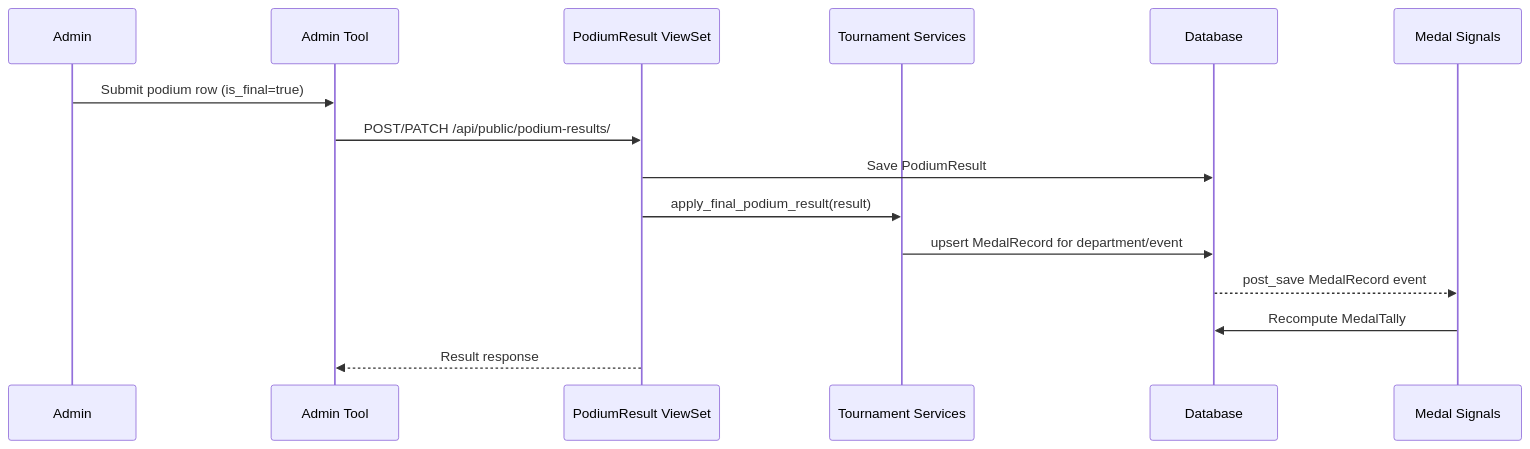
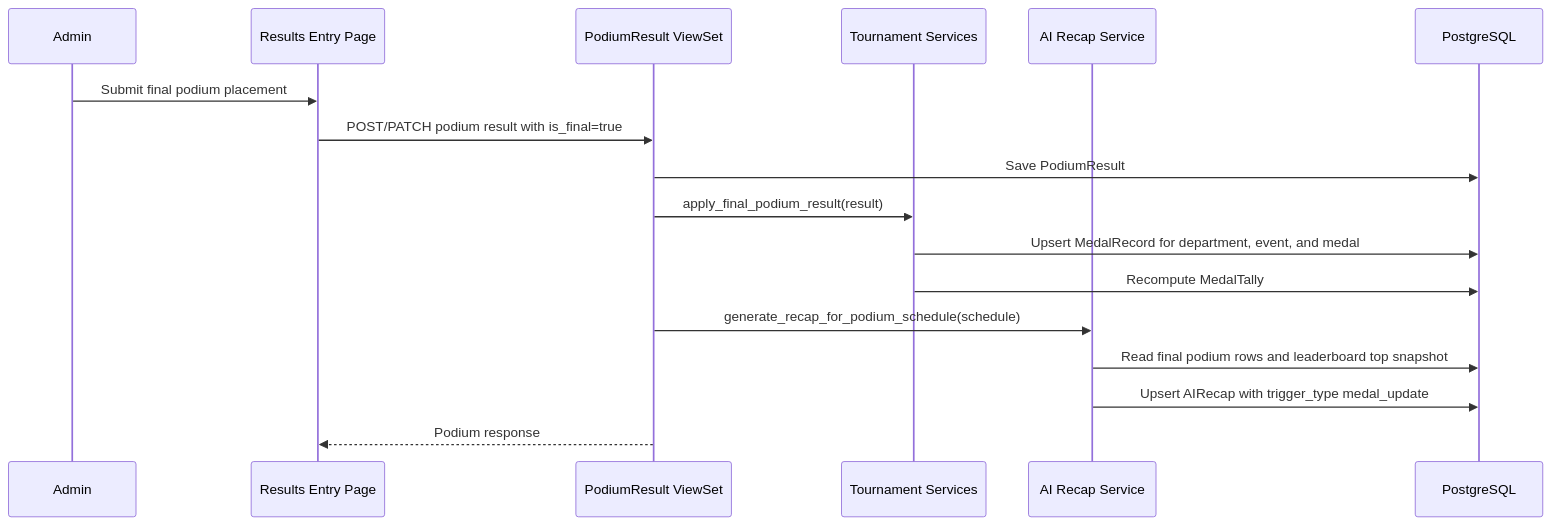
Before and after one commit to avocadoise/EnvergaArena: the tenth of 14 diagrams in architecture/06-runtime-flows.md, drawn with Mermaid. The commit also changed other lines of this file and 1 other file, not shown here.

Commit message:
feat: enhance security documentation with detailed authentication flow and token management

````diff
--- a/architecture/06-runtime-flows.md
+++ b/architecture/06-runtime-flows.md
@@ -109,18 +241,20 @@
 ```mermaid
 sequenceDiagram
     participant A as Admin
-    participant FE as Admin Tool
+    participant FE as Results Entry Page
     participant API as PodiumResult ViewSet
     participant SVC as Tournament Services
-    participant DB as Database
-    participant SIG as Medal Signals
+    participant REC as AI Recap Service
+    participant DB as PostgreSQL
 
-    A->>FE: Submit podium row (is_final=true)
-    FE->>API: POST/PATCH /api/public/podium-results/
+    A->>FE: Submit final podium placement
+    FE->>API: POST/PATCH podium result with is_final=true
     API->>DB: Save PodiumResult
     API->>SVC: apply_final_podium_result(result)
-    SVC->>DB: upsert MedalRecord for department/event
-    DB-->>SIG: post_save MedalRecord event
-    SIG->>DB: Recompute MedalTally
-    API-->>FE: Result response
+    SVC->>DB: Upsert MedalRecord for department, event, and medal
+    SVC->>DB: Recompute MedalTally
+    API->>REC: generate_recap_for_podium_schedule(schedule)
+    REC->>DB: Read final podium rows and leaderboard top snapshot
+    REC->>DB: Upsert AIRecap with trigger_type medal_update
+    API-->>FE: Podium response
 ```
````
